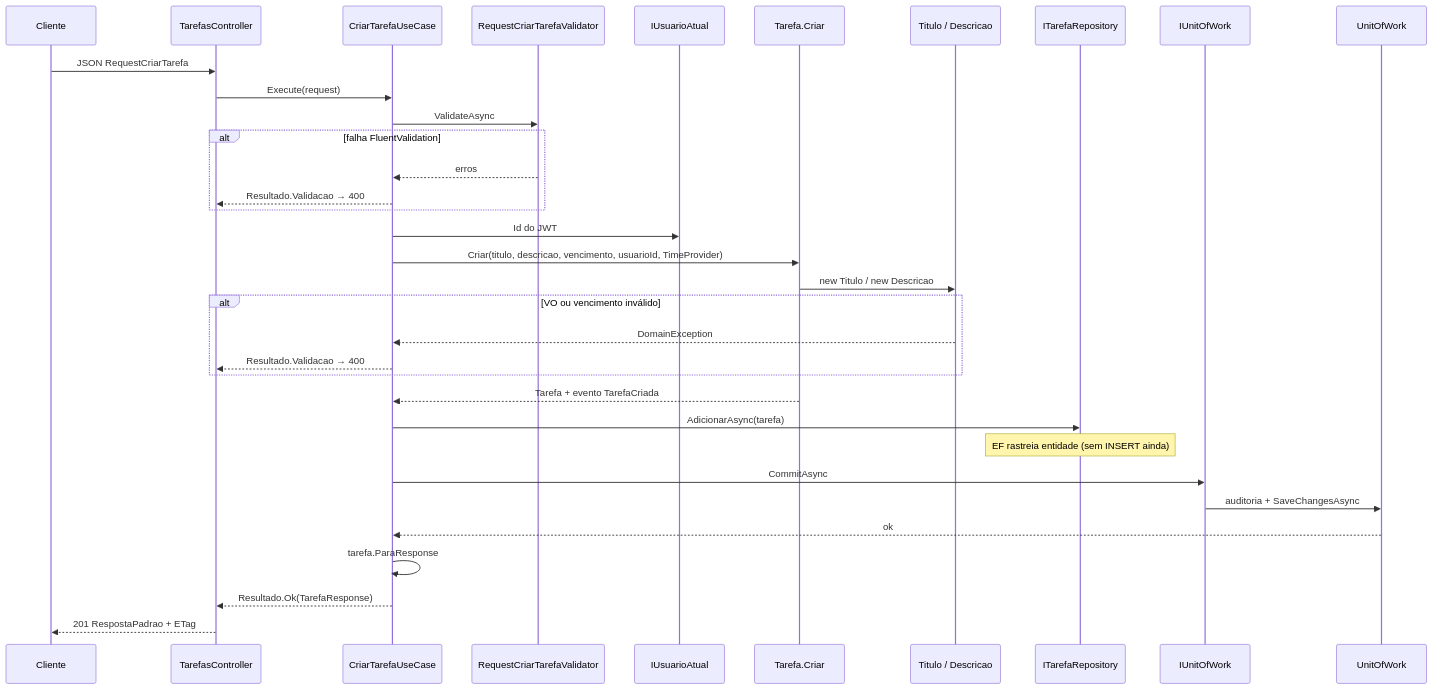
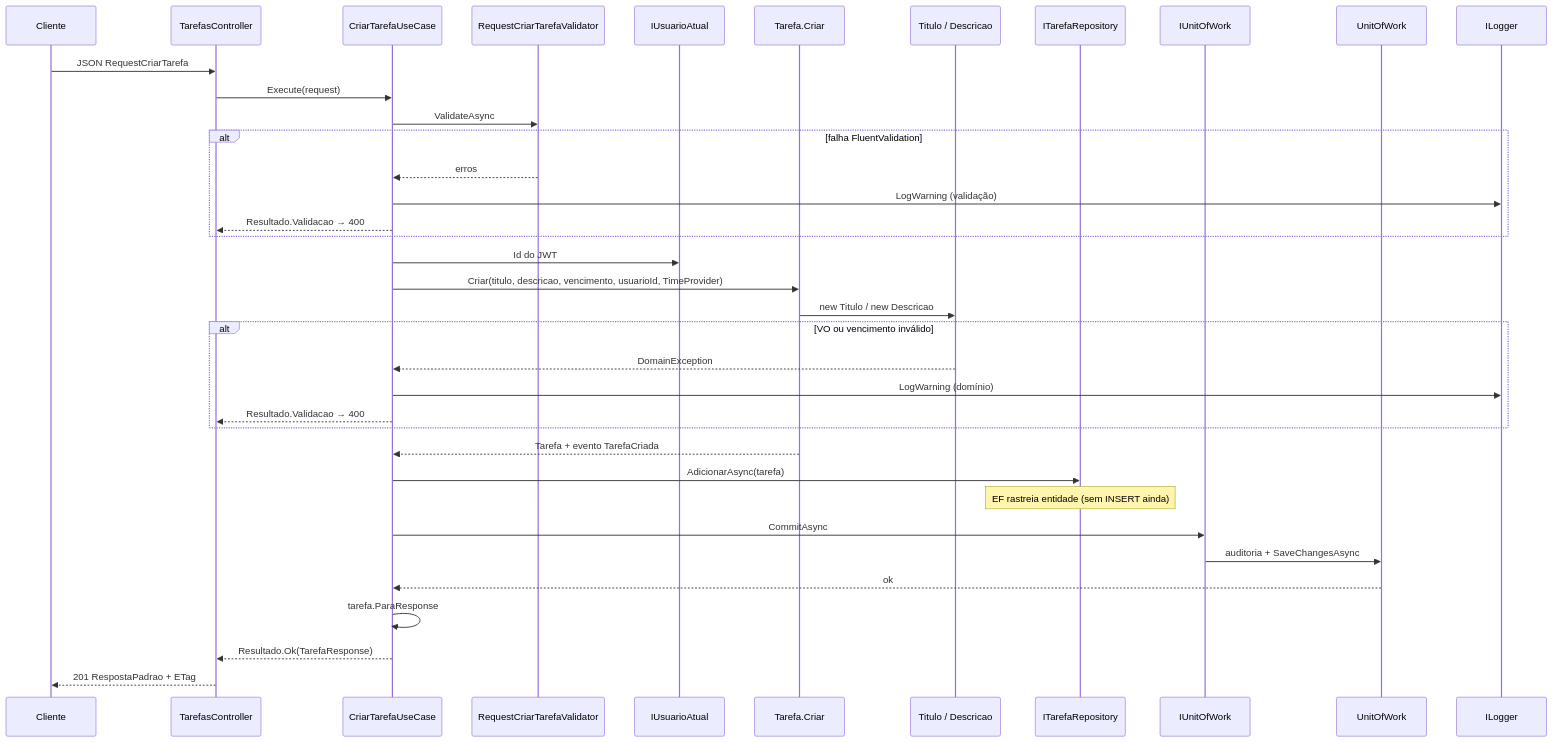
One commit to eutiagoportela/SistemaTarefas changed the eighth of 11 diagrams in README.md. Above: the diagram before and after it, drawn with Mermaid. The commit also changed other lines of this file and 11 other files, not shown here.

````diff
--- a/README.md
+++ b/README.md
@@ -423,37 +457,40 @@
 ```mermaid
 sequenceDiagram
     participant HTTP as Cliente
     participant C as TarefasController
     participant UC as CriarTarefaUseCase
     participant V as RequestCriarTarefaValidator
     participant UA as IUsuarioAtual
     participant D as Tarefa.Criar
     participant VO as Titulo / Descricao
     participant R as ITarefaRepository
     participant UOW as IUnitOfWork
     participant W as UnitOfWork
+    participant LOG as ILogger
 
     HTTP->>C: JSON RequestCriarTarefa
     C->>UC: Execute(request)
     UC->>V: ValidateAsync
     alt falha FluentValidation
         V-->>UC: erros
+        UC->>LOG: LogWarning (validação)
         UC-->>C: Resultado.Validacao → 400
     end
     UC->>UA: Id do JWT
     UC->>D: Criar(titulo, descricao, vencimento, usuarioId, TimeProvider)
     D->>VO: new Titulo / new Descricao
     alt VO ou vencimento inválido
         VO-->>UC: DomainException
+        UC->>LOG: LogWarning (domínio)
         UC-->>C: Resultado.Validacao → 400
     end
     D-->>UC: Tarefa + evento TarefaCriada
     UC->>R: AdicionarAsync(tarefa)
     Note over R: EF rastreia entidade (sem INSERT ainda)
     UC->>UOW: CommitAsync
     UOW->>W: auditoria + SaveChangesAsync
     W-->>UC: ok
     UC->>UC: tarefa.ParaResponse
     UC-->>C: Resultado.Ok(TarefaResponse)
     C-->>HTTP: 201 RespostaPadrao + ETag
 ```
````
